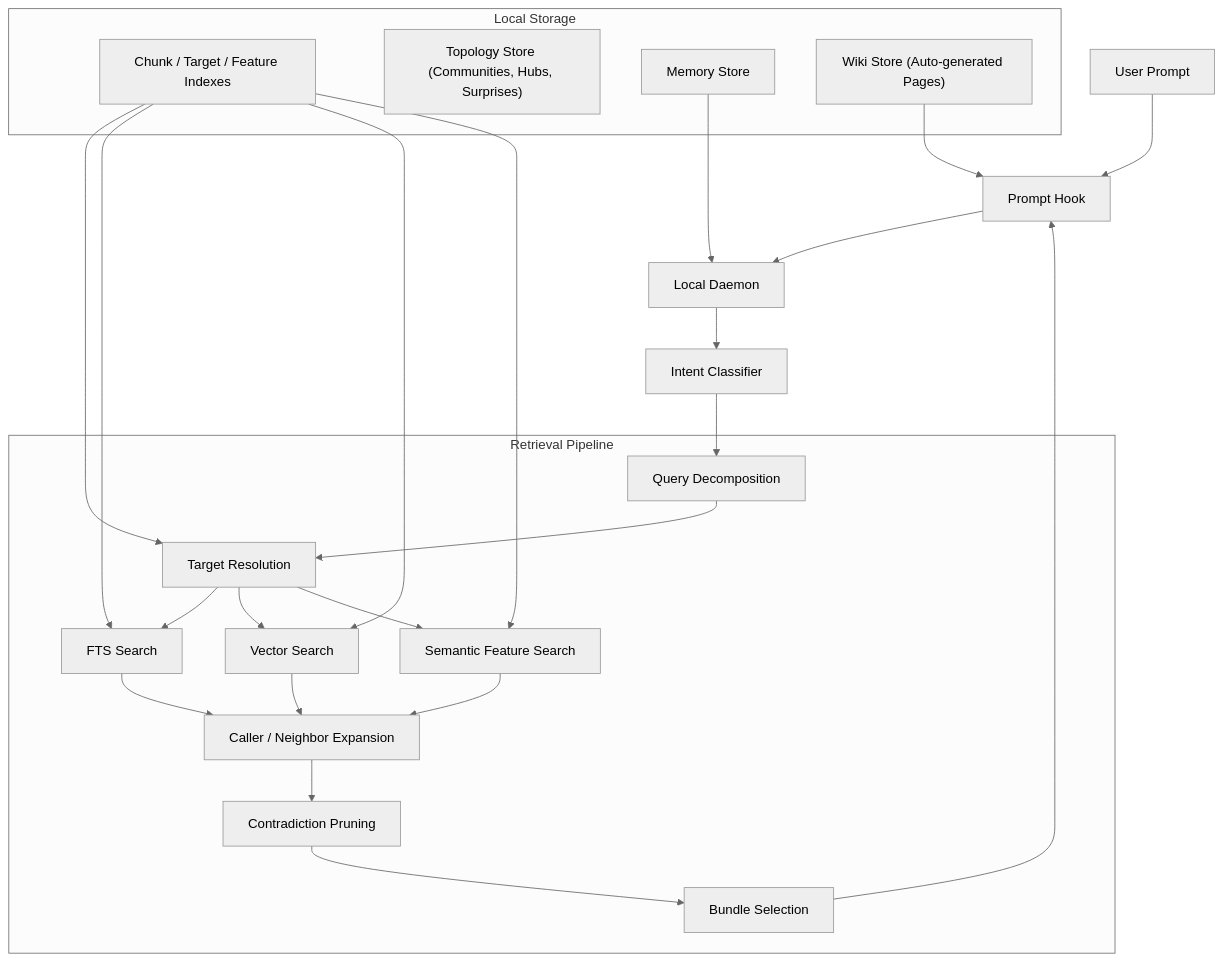
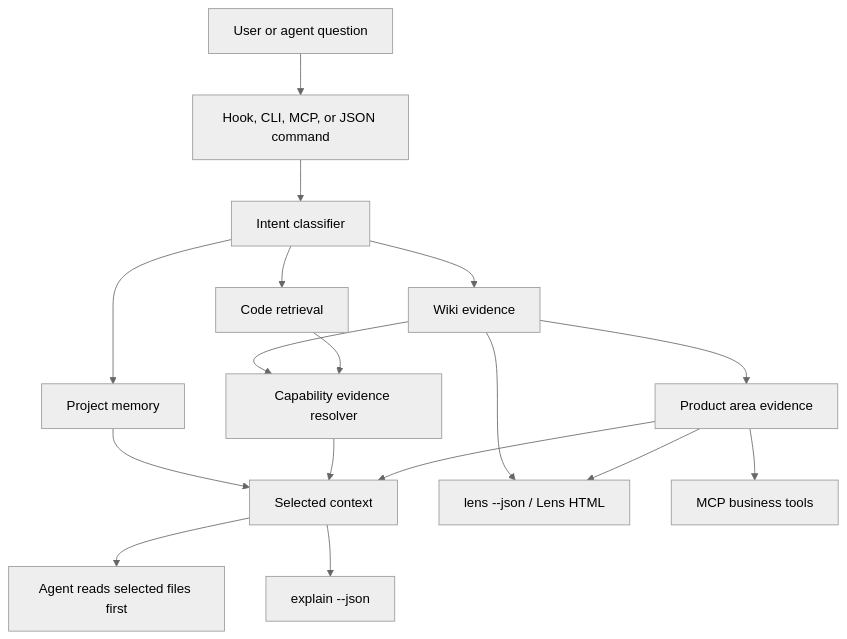
One commit to proofofwork-agency/reporecall changed the first of 2 diagrams in README.md. Above: the diagram before and after it, drawn with Mermaid (neutral theme). The commit also changed other lines of this file and 60 other files, not shown here.

First line of the commit message:
release: v0.7.1 — capability evidence + business context export + self-eval patches

````diff
--- a/README.md
+++ b/README.md
@@ -85,46 +138,32 @@
 ```mermaid
 flowchart TB
-  User["User Prompt"]
-  Hook["Prompt Hook"]
-  Daemon["Local Daemon"]
-  Intent["Intent Classifier"]
+  Q["User or agent question"]
+  Entry["Hook, CLI, MCP, or JSON command"]
+  Intent["Intent classifier"]
+  Search["Code retrieval"]
+  Wiki["Wiki evidence"]
+  Product["Product area evidence"]
+  Memory["Project memory"]
+  Resolver["Capability evidence resolver"]
+  Selected["Selected context"]
+  Agent["Agent reads selected files first"]
+  Explain["explain --json"]
+  Lens["lens --json / Lens HTML"]
+  BusinessTools["MCP business tools"]
 
-  subgraph Retrieval["Retrieval Pipeline"]
-    Decompose["Query Decomposition"]
-    Resolve["Target Resolution"]
-    FTS["FTS Search"]
-    Vector["Vector Search"]
-    Semantic["Semantic Feature Search"]
-    Graph["Caller / Neighbor Expansion"]
-    Prune["Contradiction Pruning"]
-    Select["Bundle Selection"]
-  end
-
-  subgraph Storage["Local Storage"]
-    Index["Chunk / Target / Feature Indexes"]
-    Topology["Topology Store (Communities, Hubs, Surprises)"]
-    Memory["Memory Store"]
-    Wiki["Wiki Store (Auto-generated Pages)"]
-  end
-
-  User --> Hook
-  Hook --> Daemon
-  Daemon --> Intent
-  Intent --> Decompose
-  Decompose --> Resolve
-  Resolve --> FTS
-  Resolve --> Vector
-  Resolve --> Semantic
-  FTS --> Graph
-  Vector --> Graph
-  Semantic --> Graph
-  Graph --> Prune
-  Prune --> Select
-  Select --> Hook
-  Index --> Resolve
-  Index --> FTS
-  Index --> Vector
-  Index --> Semantic
-  Memory --> Daemon
-  Wiki --> Hook
+  Q --> Entry --> Intent
+  Intent --> Search
+  Intent --> Wiki
+  Wiki --> Product
+  Intent --> Memory
+  Search --> Resolver
+  Wiki --> Resolver
+  Product --> Selected
+  Resolver --> Selected
+  Memory --> Selected
+  Selected --> Agent
+  Selected --> Explain
+  Product --> Lens
+  Wiki --> Lens
+  Product --> BusinessTools
 ```
````
